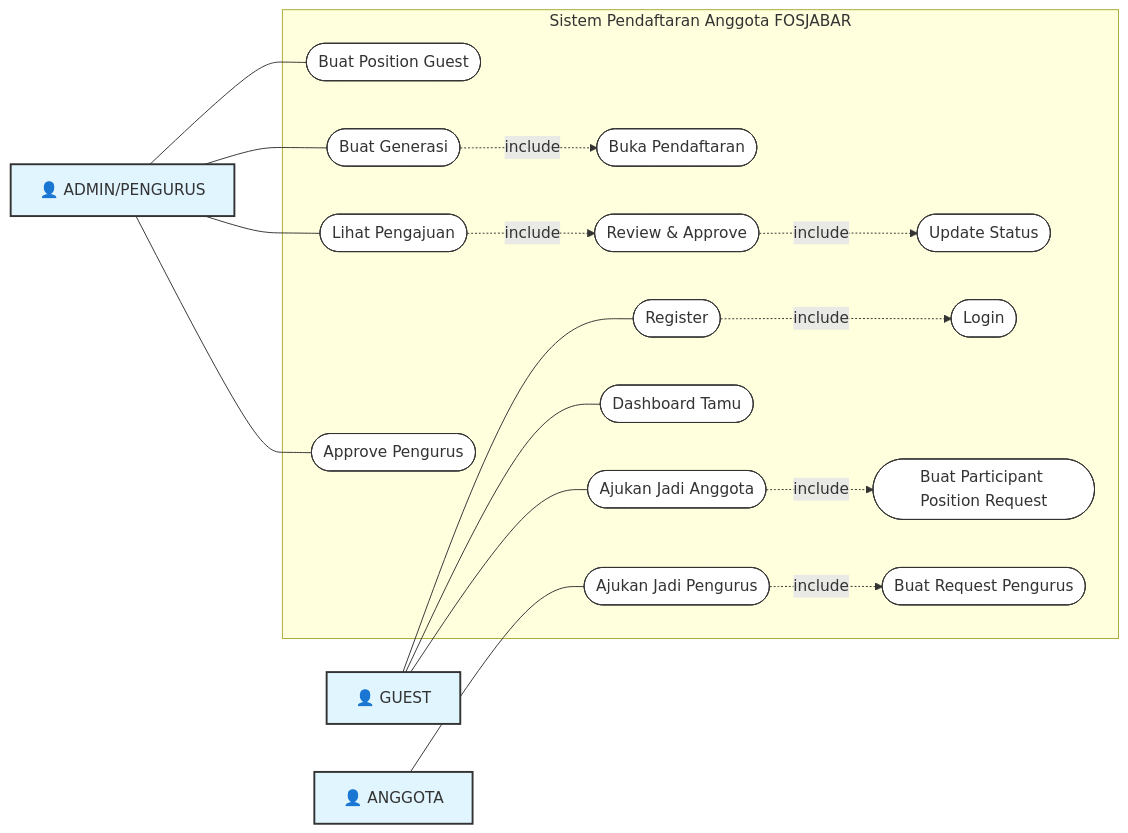
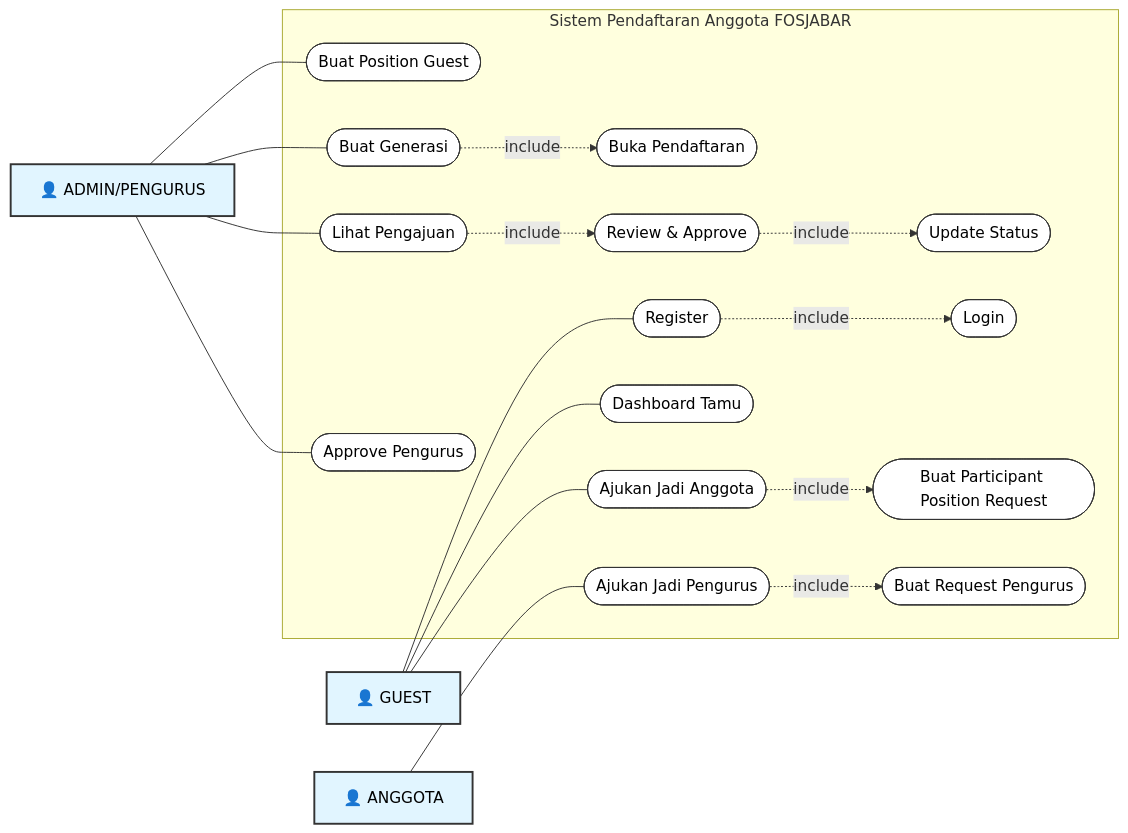
The third of 4 diagrams in README.md (rafpelmln/ukk-be), drawn with Mermaid before and after one commit. The commit also changed 1 other file, not shown here.

Commit message:
update uml

````diff
--- a/README.md
+++ b/README.md
@@ -122,44 +122,44 @@
 ```mermaid
 graph LR
     ADMIN["👤 ADMIN/PENGURUS"]
     GUEST["👤 GUEST"]
     ANGGOTA["👤 ANGGOTA"]
 
     subgraph Sistem["Sistem Pendaftaran Anggota FOSJABAR"]
         UC1(["Buat Position Guest"])
         UC2(["Buat Generasi"])
         UC3(["Buka Pendaftaran"])
         UC4(["Register"])
         UC5(["Login"])
         UC6(["Dashboard Tamu"])
         UC7(["Ajukan Jadi Anggota"])
         UC8(["Buat Participant Position Request"])
         UC9(["Lihat Pengajuan"])
         UC10(["Review & Approve"])
         UC11(["Update Status"])
         UC12(["Ajukan Jadi Pengurus"])
         UC13(["Buat Request Pengurus"])
         UC14(["Approve Pengurus"])
     end
 
     ADMIN --- UC1
     ADMIN --- UC2
     ADMIN --- UC9
     ADMIN --- UC14
     GUEST --- UC4
     GUEST --- UC6
     GUEST --- UC7
     ANGGOTA --- UC12
 
     UC2 -.->|include| UC3
     UC4 -.->|include| UC5
     UC7 -.->|include| UC8
     UC9 -.->|include| UC10
     UC10 -.->|include| UC11
     UC12 -.->|include| UC13
 
-    classDef actor fill:#e1f5ff,stroke:#333,stroke-width:2px
-    classDef usecase fill:#fff,stroke:#333,stroke-width:1px
+    classDef actor fill:#e1f5ff,stroke:#333,stroke-width:2px,color:#000
+    classDef usecase fill:#fff,stroke:#333,stroke-width:1px,color:#000
     class ADMIN,GUEST,ANGGOTA actor
     class UC1,UC2,UC3,UC4,UC5,UC6,UC7,UC8,UC9,UC10,UC11,UC12,UC13,UC14 usecase
 ```
````
